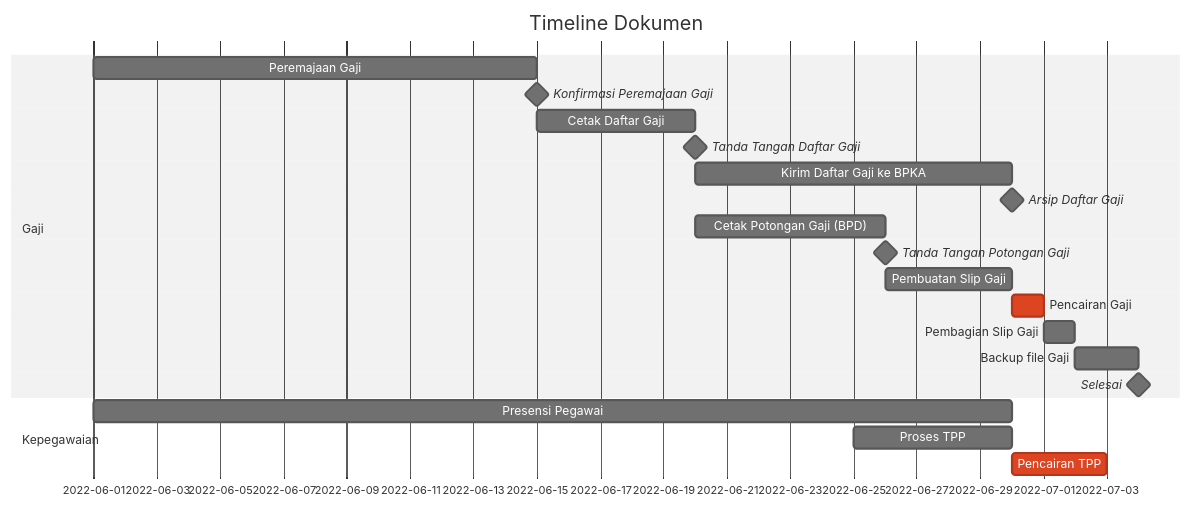
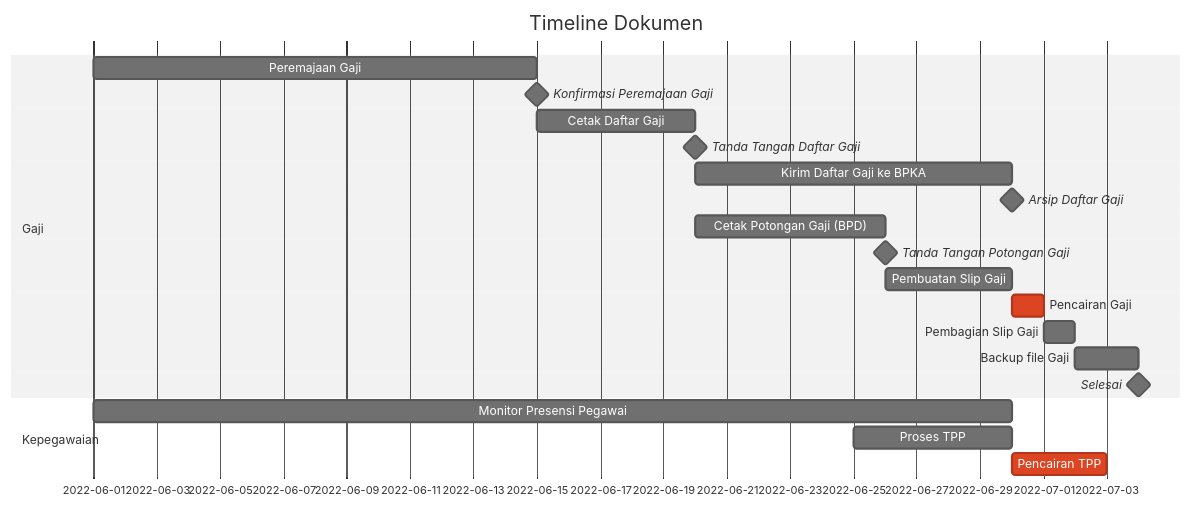
Before and after one commit to valgtreiz/Learning: the diagram in Work.md, drawn with Mermaid (neutral theme).

````diff
--- a/Work.md
+++ b/Work.md
@@ -14,30 +14,30 @@
 ```mermaid
 gantt
     dateFormat  D
     title       Timeline Dokumen
     %% excludes    Sunday
     
     %% Today's Marker styling
     todayMarker stroke-width:2px,stroke:#0f0,opacity:0.5
 
     section Gaji
     Peremajaan Gaji                 :            a1, 1, 15
     Konfirmasi Peremajaan Gaji      : milestone, a2, after a1, 0d
     Cetak Daftar Gaji               :            a3, 15, 20
     Tanda Tangan Daftar Gaji        : milestone, a4, after a3, 0d
     Kirim Daftar Gaji ke BPKA       :            a5, after a4, 30
     Arsip Daftar Gaji               : milestone, a6, after a5, 0d
     Cetak Potongan Gaji (BPD)       :            a7, 20, 26
     Tanda Tangan Potongan Gaji      : milestone, a8, after a7, 0d
     Pembuatan Slip Gaji             :            a9, after a8, 30
     Pencairan Gaji                  : crit,      a10, after a9, 1d
     Pembagian Slip Gaji             :            a11, after a10, 1d
     Backup file Gaji                :            a12, after a11, 2d
     Selesai                         : milestone, a13, after a12, 0d
 
     section Kepegawaian
-    Presensi Pegawai                :            b1, 1, 30
+    Monitor Presensi Pegawai        :            b1, 1, 30
     Proses TPP                      :            b2, 25, 5d
     Pencairan TPP                   : crit,      b3, after b2, 3d
     
 ```
````
